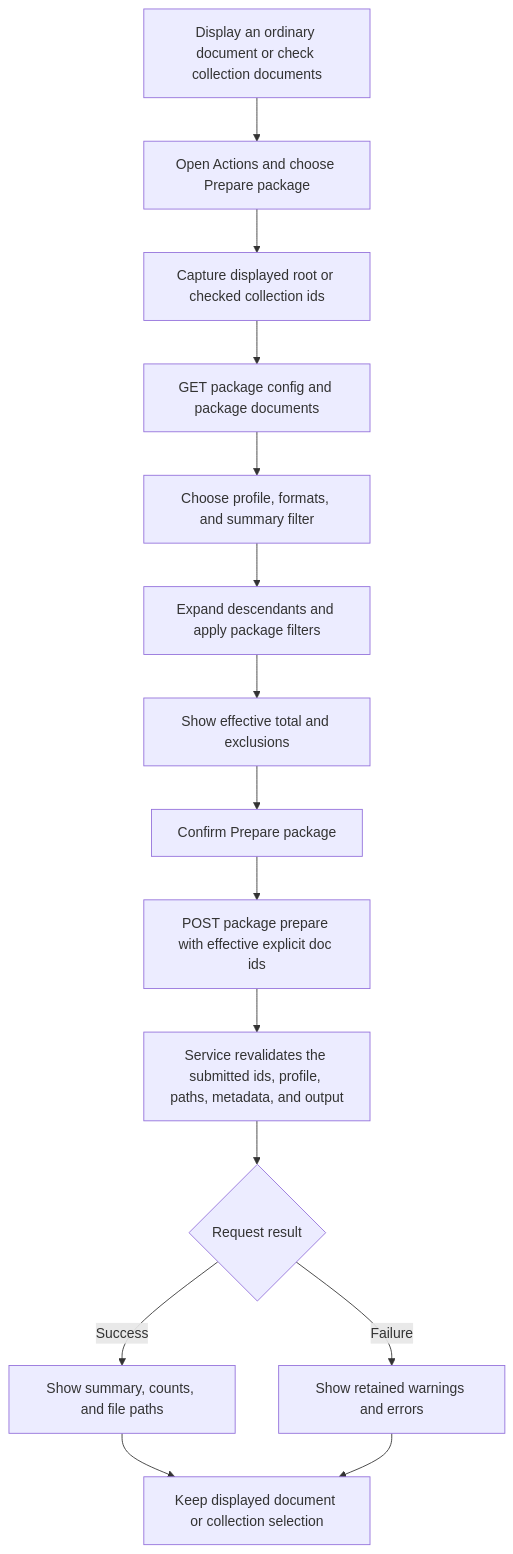
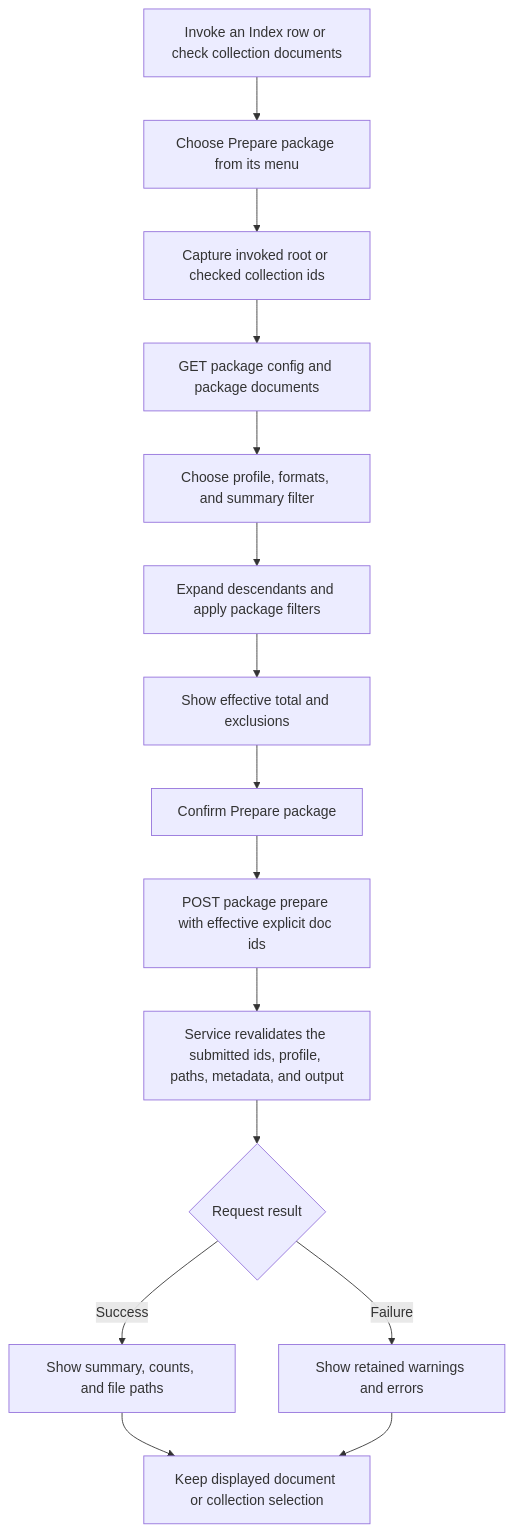
One commit to dotlineform/dotlineform-site changed the diagram in documentation/studio/Package_Prepare.md. Above: the diagram before and after it, drawn with Mermaid. The commit also changed other lines of this file and 21 other files, not shown here.

Commit message:
moved index actions to context menu + prepare package action fix

````diff
--- a/documentation/studio/Package_Prepare.md
+++ b/documentation/studio/Package_Prepare.md
@@ -68,19 +65,19 @@
 ```mermaid
 flowchart TD
   accTitle: Prepare package user and service workflow
-  accDescr: A displayed ordinary subtree or exact checked collection enters one compact workflow using the existing document package endpoints.
-  selectDocs[Display an ordinary document or check collection documents] --> openAction[Open Actions and choose Prepare package]
-  openAction --> resolveTarget[Capture displayed root or checked collection ids]
+  accDescr: An invoked ordinary subtree or exact checked collection enters one compact workflow using the existing document package endpoints.
+  selectDocs[Invoke an Index row or check collection documents] --> openAction[Choose Prepare package from its menu]
+  openAction --> resolveTarget[Capture invoked root or checked collection ids]
   resolveTarget --> readOptions[GET package config and package documents]
   readOptions --> options[Choose profile, formats, and summary filter]
   options --> projectTarget[Expand descendants and apply package filters]
   projectTarget --> showTotal[Show effective total and exclusions]
   showTotal --> confirm[Confirm Prepare package]
   confirm --> prepare[POST package prepare with effective explicit doc ids]
   prepare --> validate[Service revalidates the submitted ids, profile, paths, metadata, and output]
   validate --> result{Request result}
   result -->|Success| success[Show summary, counts, and file paths]
   result -->|Failure| failure[Show retained warnings and errors]
   success --> unchanged[Keep displayed document or collection selection]
   failure --> unchanged
 ```
````
